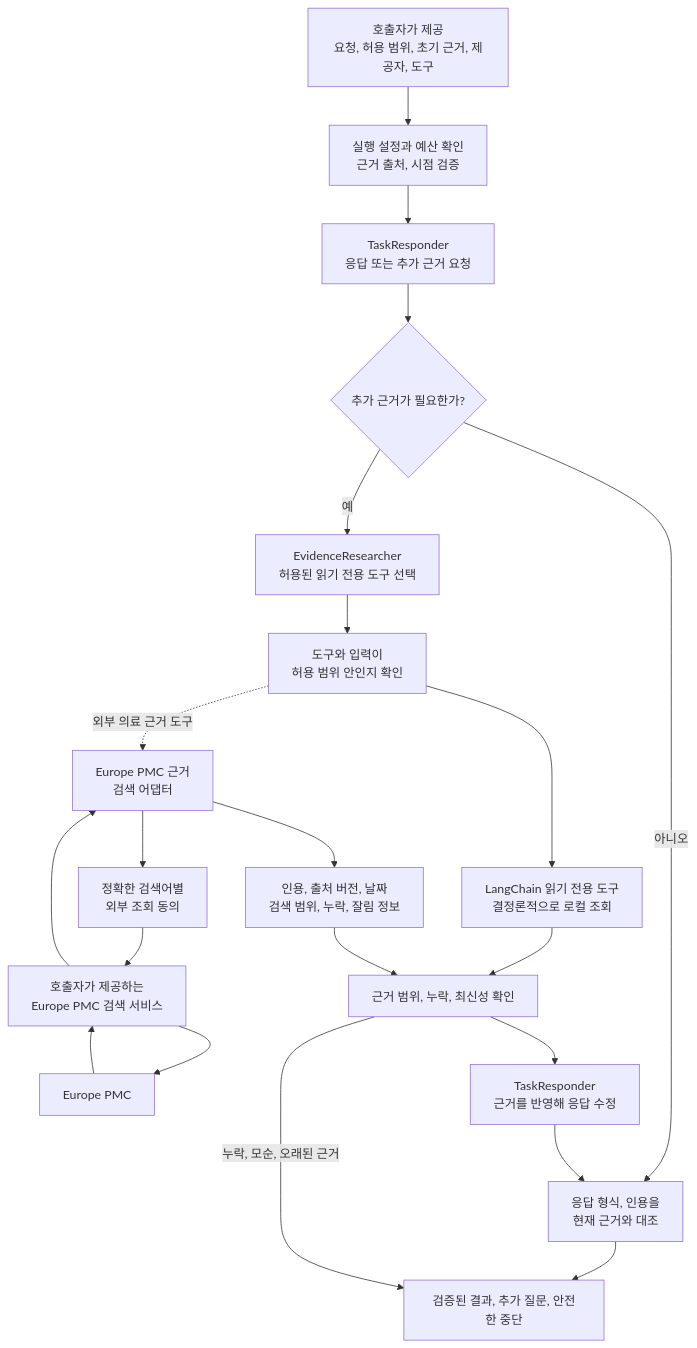
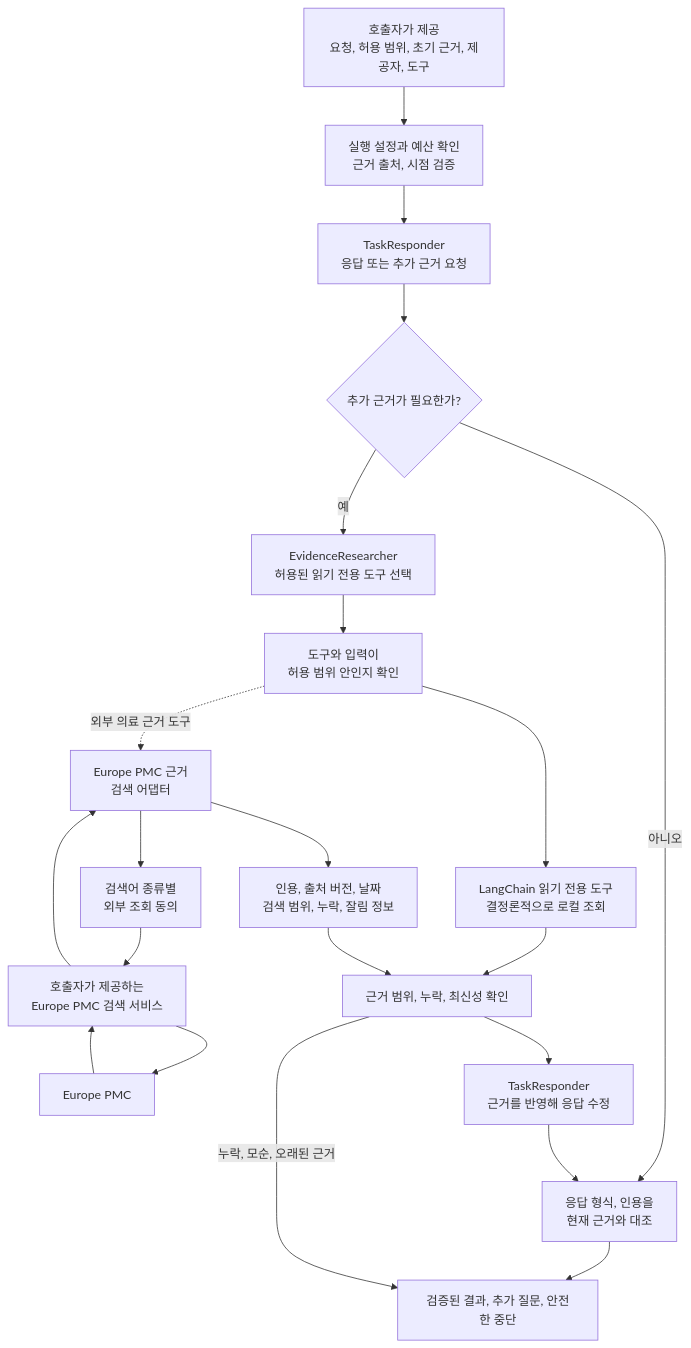
Before and after one commit to eunsoogi/orot: the fifth of 6 diagrams in docs/architecture.md, drawn with Mermaid. The commit also changed other lines of this file and 659 other files, not shown here.

````diff
--- a/docs/architecture.md
+++ b/docs/architecture.md
@@ -183,27 +184,27 @@
 ```mermaid
 flowchart TB
   input["호출자가 제공<br/>요청, 허용 범위, 초기 근거, 제공자, 도구"]
   validate["실행 설정과 예산 확인<br/>근거 출처, 시점 검증"]
   responder["TaskResponder<br/>응답 또는 추가 근거 요청"]
   decision{"추가 근거가 필요한가?"}
   validateResult["응답 형식, 인용을<br/>현재 근거와 대조"]
   researcher["EvidenceResearcher<br/>허용된 읽기 전용 도구 선택"]
   validateTool["도구와 입력이<br/>허용 범위 안인지 확인"]
   localTool["LangChain 읽기 전용 도구<br/>결정론적으로 로컬 조회"]
-  queryConsent["정확한 검색어별<br/>외부 조회 동의"]
+  queryConsent["검색어 종류별<br/>외부 조회 동의"]
   europePmcTool["Europe PMC 근거<br/>검색 어댑터"]
   europePmcService["호출자가 제공하는<br/>Europe PMC 검색 서비스"]
   europePmc["Europe PMC"]
   externalEvidence["인용, 출처 버전, 날짜<br/>검색 범위, 누락, 잘림 정보"]
   evidenceCheck["근거 범위, 누락, 최신성 확인"]
   revision["TaskResponder<br/>근거를 반영해 응답 수정"]
   result["검증된 결과, 추가 질문, 안전한 중단"]
 
   input --> validate --> responder --> decision
   decision -->|"아니오"| validateResult --> result
   decision -->|"예"| researcher --> validateTool --> localTool
   localTool --> evidenceCheck --> revision --> validateResult
   validateTool -. "외부 의료 근거 도구" .-> europePmcTool --> queryConsent --> europePmcService --> europePmc
   europePmc --> europePmcService --> europePmcTool --> externalEvidence --> evidenceCheck
   evidenceCheck -->|"누락, 모순, 오래된 근거"| result
 ```
````
